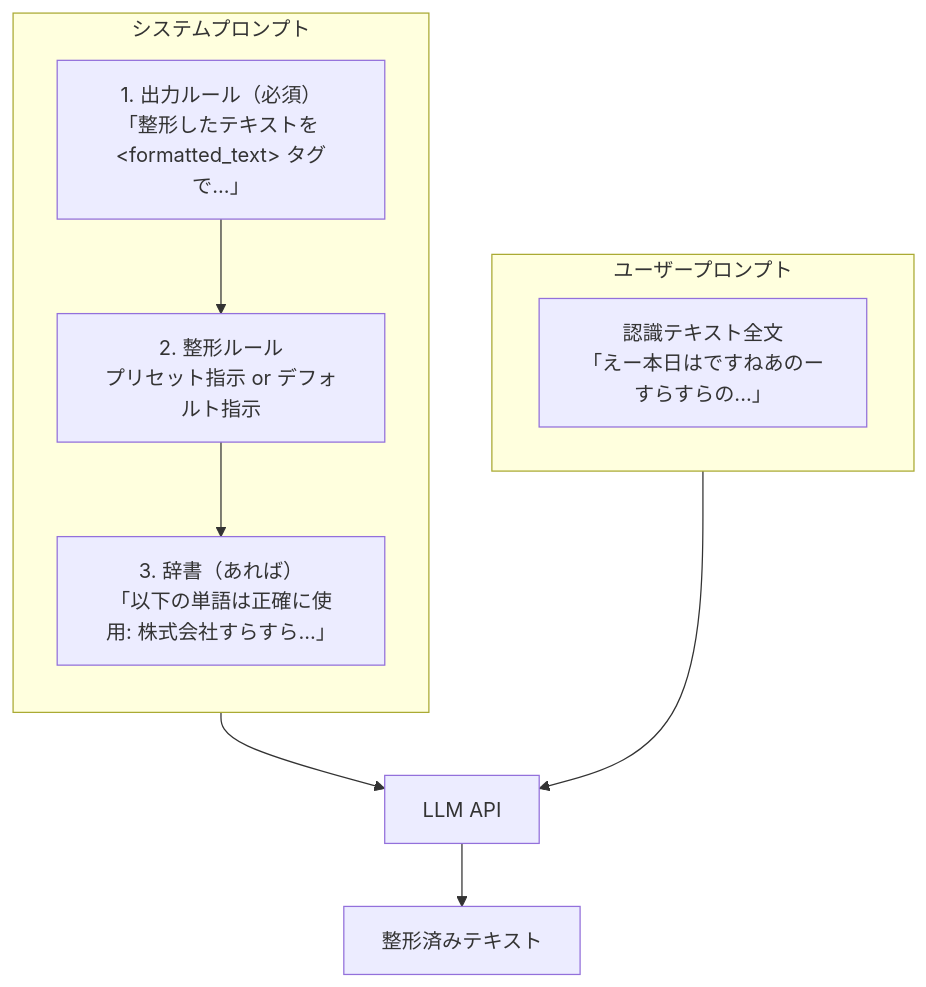
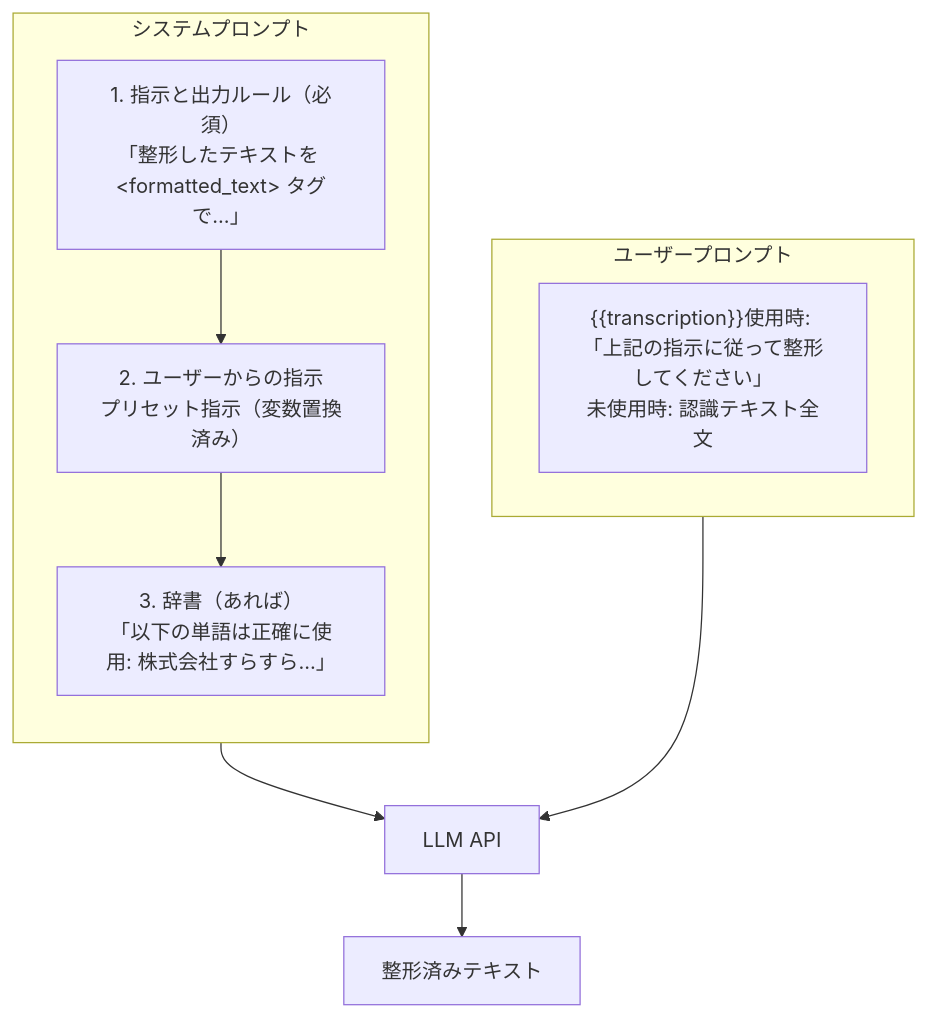
One commit to tkcel/surasura changed the second of 5 diagrams in apps/desktop/docs/プロンプト呼び出しタイミング.md. Above: the diagram before and after it, drawn with Mermaid. The commit also changed other lines of this file and 8 other files, not shown here.

````diff
--- a/apps/desktop/docs/プロンプト呼び出しタイミング.md
+++ b/apps/desktop/docs/プロンプト呼び出しタイミング.md
@@ -134,19 +151,19 @@
 ```mermaid
 flowchart TB
     subgraph SystemPrompt["システムプロンプト"]
         direction TB
-        A["1. 出力ルール（必須）<br/>「整形したテキストを &lt;formatted_text&gt; タグで...」"]
-        B["2. 整形ルール<br/>プリセット指示 or デフォルト指示"]
+        A["1. 指示と出力ルール（必須）<br/>「整形したテキストを &lt;formatted_text&gt; タグで...」"]
+        B["2. ユーザーからの指示<br/>プリセット指示（変数置換済み）"]
         C["3. 辞書（あれば）<br/>「以下の単語は正確に使用: 株式会社すらすら...」"]
 
         A --> B --> C
     end
 
     subgraph UserPrompt["ユーザープロンプト"]
-        E["認識テキスト全文<br/>「えー本日はですねあのーすらすらの...」"]
+        E["{{transcription}}使用時: 「上記の指示に従って整形してください」<br/>未使用時: 認識テキスト全文"]
     end
 
     SystemPrompt --> GPT["LLM API"]
     UserPrompt --> GPT
     GPT --> Result["整形済みテキスト"]
 ```
````
